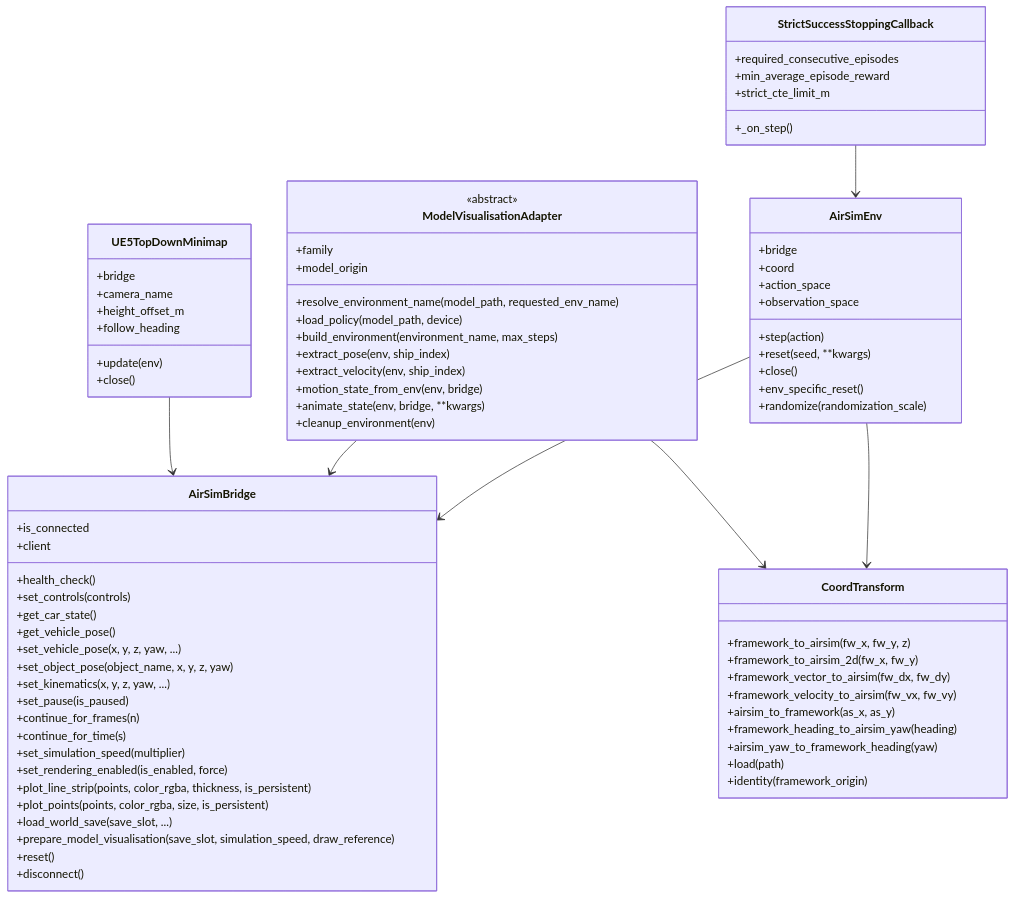
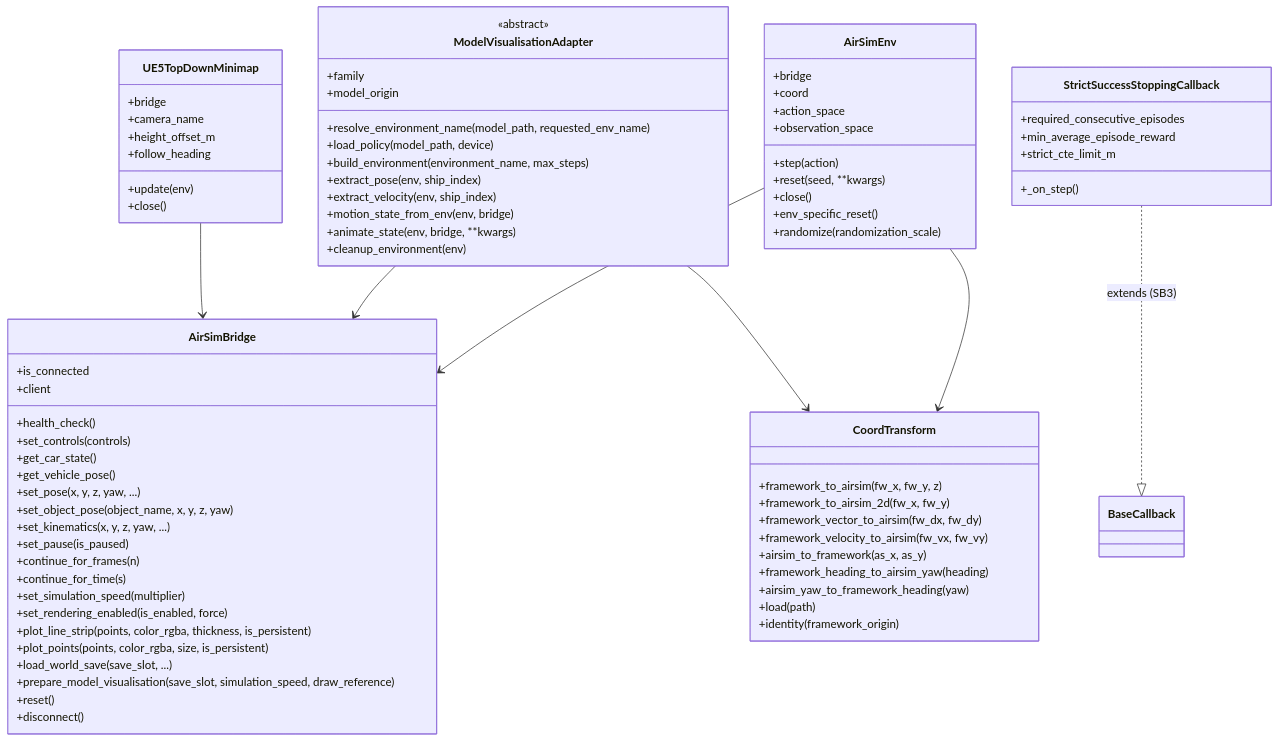
Before and after one commit to UAntwerpM4S/RudoLF: the fourth of 6 diagrams in docs/airsim_architecture.md, drawn with Mermaid. The commit also changed other lines of this file and 3 other files, not shown here.

````diff
--- a/docs/airsim_architecture.md
+++ b/docs/airsim_architecture.md
@@ -128,7 +129,7 @@
         +set_controls(controls)
         +get_car_state()
         +get_vehicle_pose()
-        +set_vehicle_pose(x, y, z, yaw, ...)
+        +set_pose(x, y, z, yaw, ...)
         +set_object_pose(object_name, x, y, z, yaw)
         +set_kinematics(x, y, z, yaw, ...)
         +set_pause(is_paused)
@@ -203,5 +204,5 @@
     ModelVisualisationAdapter --> AirSimBridge
     ModelVisualisationAdapter --> CoordTransform
     UE5TopDownMinimap --> AirSimBridge
-    StrictSuccessStoppingCallback --> AirSimEnv
+    StrictSuccessStoppingCallback ..|> BaseCallback : extends (SB3)
 ```
````
